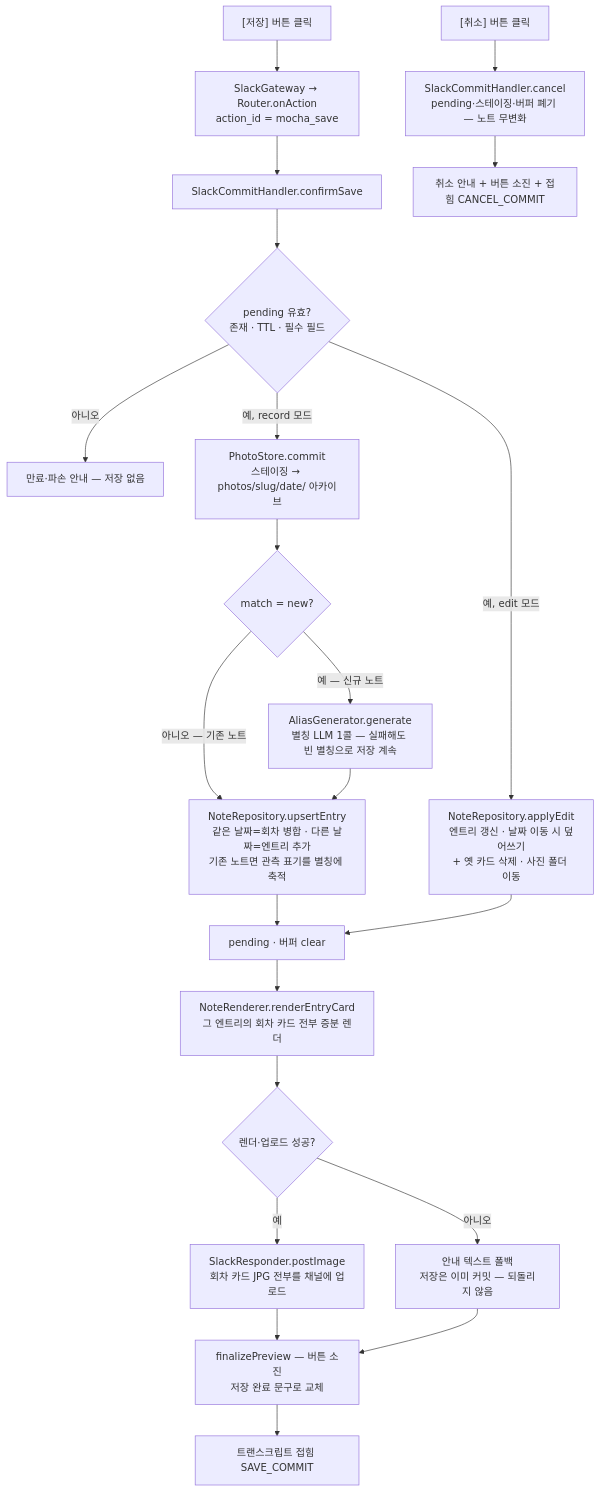
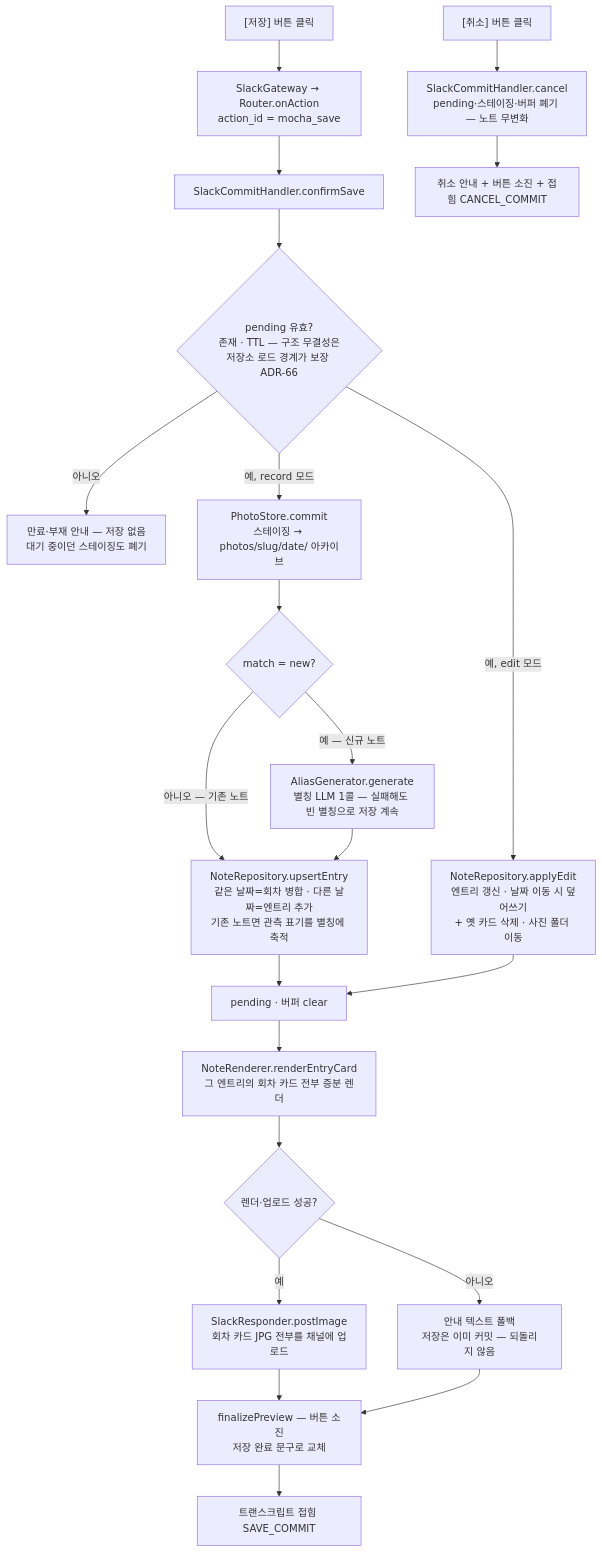
One commit to devwuu/mocha changed the fourth of 8 diagrams in docs/architecture-classes-and-flows.md. Above: the diagram before and after it, drawn with Mermaid. The commit also changed other lines of this file, not shown here.

````diff
--- a/docs/architecture-classes-and-flows.md
+++ b/docs/architecture-classes-and-flows.md
@@ -437,25 +438,25 @@
 ```mermaid
 flowchart TB
     A["[저장] 버튼 클릭"] --> B[SlackGateway → Router.onAction<br/>action_id = mocha_save]
     B --> C[SlackCommitHandler.confirmSave]
-    C --> D{pending 유효?<br/>존재 · TTL · 필수 필드}
-    D -->|아니오| E[만료·파손 안내 — 저장 없음]
+    C --> D{pending 유효?<br/>존재 · TTL — 구조 무결성은<br/>저장소 로드 경계가 보장 ADR-66}
+    D -->|아니오| E[만료·부재 안내 — 저장 없음<br/>대기 중이던 스테이징도 폐기]
     D -->|예, record 모드| F[PhotoStore.commit<br/>스테이징 → photos/slug/date/ 아카이브]
     F --> G{match = new?}
     G -->|예 — 신규 노트| H[AliasGenerator.generate<br/>별칭 LLM 1콜 — 실패해도 빈 별칭으로 저장 계속]
     G -->|아니오 — 기존 노트| I
     H --> I[NoteRepository.upsertEntry<br/>같은 날짜=회차 병합 · 다른 날짜=엔트리 추가<br/>기존 노트면 관측 표기를 별칭에 축적]
     D -->|예, edit 모드| J[NoteRepository.applyEdit<br/>엔트리 갱신 · 날짜 이동 시 덮어쓰기<br/>+ 옛 카드 삭제 · 사진 폴더 이동]
     I --> K[pending · 버퍼 clear]
     J --> K
     K --> L[NoteRenderer.renderEntryCard<br/>그 엔트리의 회차 카드 전부 증분 렌더]
     L --> M{렌더·업로드 성공?}
     M -->|예| N[SlackResponder.postImage<br/>회차 카드 JPG 전부를 채널에 업로드]
     M -->|아니오| O[안내 텍스트 폴백<br/>저장은 이미 커밋 — 되돌리지 않음]
     N --> P[finalizePreview — 버튼 소진<br/>저장 완료 문구로 교체]
     O --> P
     P --> Q[트랜스크립트 접힘 SAVE_COMMIT]
 
     R["[취소] 버튼 클릭"] --> S[SlackCommitHandler.cancel<br/>pending·스테이징·버퍼 폐기 — 노트 무변화]
     S --> T[취소 안내 + 버튼 소진 + 접힘 CANCEL_COMMIT]
 ```
````
